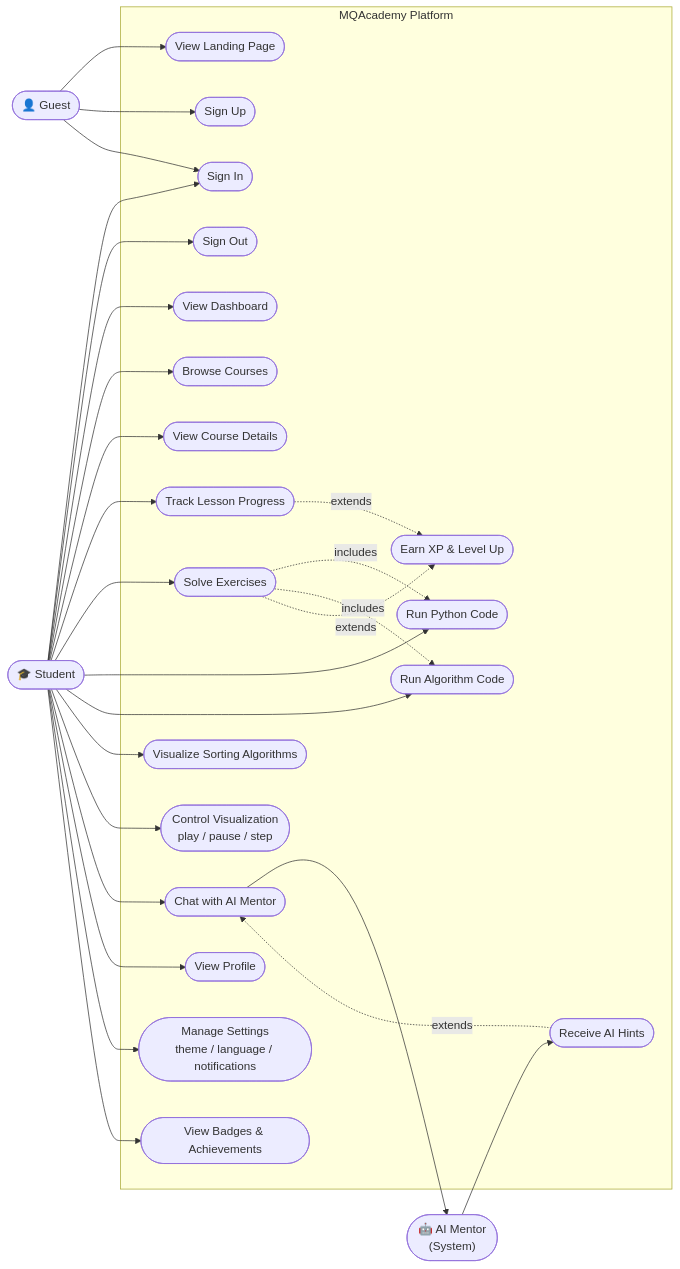
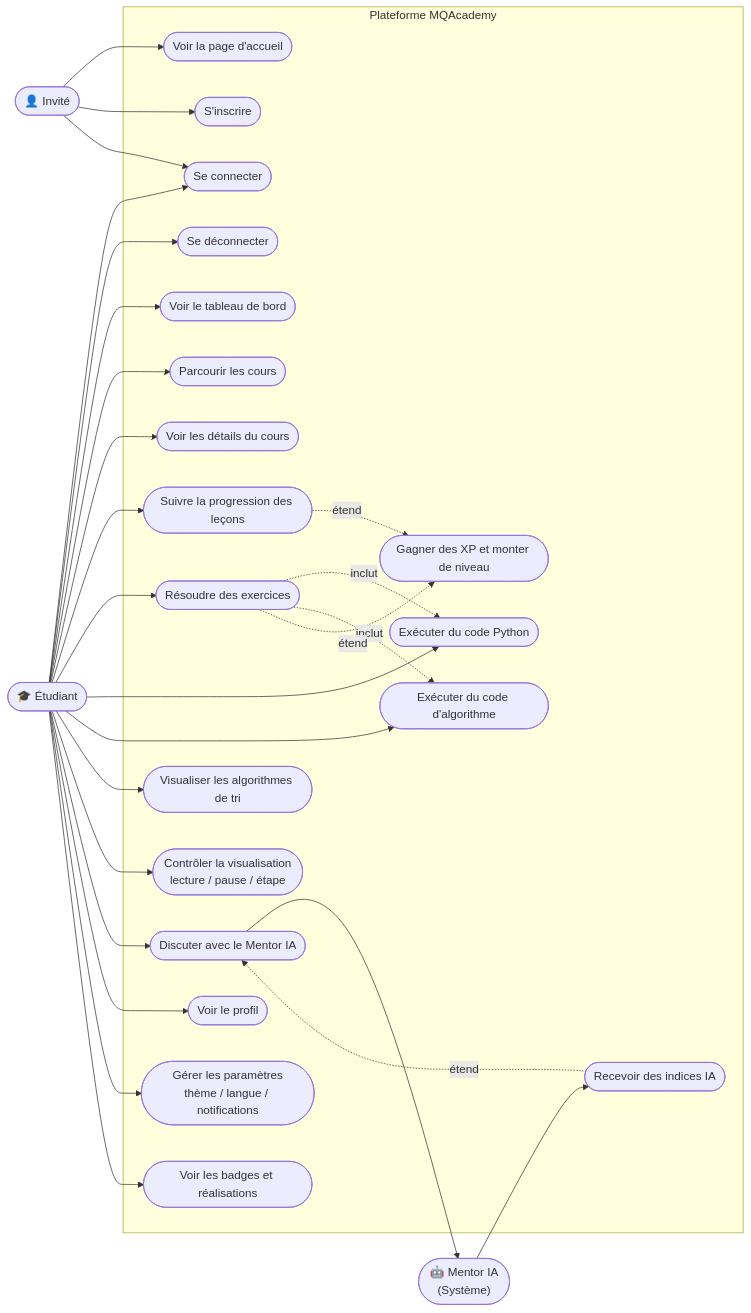
The first of 3 diagrams in DIAGRAMS.md (anwarous/t), drawn with Mermaid before and after one commit. The commit also changed other lines of this file, not shown here.

First line of the commit message:
Translate DIAGRAMS.md to French

````diff
--- a/DIAGRAMS.md
+++ b/DIAGRAMS.md
@@ -9,58 +9,58 @@
 ```mermaid
 %%{init: {"theme": "default"}}%%
 graph LR
-    Guest(["👤 Guest"])
-    Student(["🎓 Student"])
-    AIMentor(["🤖 AI Mentor\n(System)"])
+    Guest(["👤 Invité"])
+    Student(["🎓 Étudiant"])
+    AIMentor(["🤖 Mentor IA\n(Système)"])
 
-    subgraph MQAcademy Platform
-        UC1([View Landing Page])
-        UC2([Sign Up])
-        UC3([Sign In])
-        UC4([Sign Out])
-        UC5([View Dashboard])
-        UC6([Browse Courses])
-        UC7([View Course Details])
-        UC8([Track Lesson Progress])
-        UC9([Solve Exercises])
-        UC10([Run Python Code])
-        UC11([Run Algorithm Code])
-        UC12([Visualize Sorting Algorithms])
-        UC13([Control Visualization\nplay / pause / step])
-        UC14([Chat with AI Mentor])
-        UC15([Receive AI Hints])
-        UC16([View Profile])
-        UC17([Manage Settings\ntheme / language / notifications])
-        UC18([View Badges & Achievements])
-        UC19([Earn XP & Level Up])
+    subgraph Plateforme MQAcademy
+        UC1([Voir la page d'accueil])
+        UC2([S'inscrire])
+        UC3([Se connecter])
+        UC4([Se déconnecter])
+        UC5([Voir le tableau de bord])
+        UC6([Parcourir les cours])
+        UC7([Voir les détails du cours])
+        UC8([Suivre la progression des leçons])
+        UC9([Résoudre des exercices])
+        UC10([Exécuter du code Python])
+        UC11([Exécuter du code d'algorithme])
+        UC12([Visualiser les algorithmes de tri])
+        UC13([Contrôler la visualisation\nlecture / pause / étape])
+        UC14([Discuter avec le Mentor IA])
+        UC15([Recevoir des indices IA])
+        UC16([Voir le profil])
+        UC17([Gérer les paramètres\nthème / langue / notifications])
+        UC18([Voir les badges et réalisations])
+        UC19([Gagner des XP et monter de niveau])
     end
 
     Guest --> UC1
     Guest --> UC2
     Guest --> UC3
 
     Student --> UC3
     Student --> UC4
     Student --> UC5
     Student --> UC6
     Student --> UC7
     Student --> UC8
     Student --> UC9
     Student --> UC10
     Student --> UC11
     Student --> UC12
     Student --> UC13
     Student --> UC14
     Student --> UC16
     Student --> UC17
     Student --> UC18
 
-    UC9 -.->|includes| UC10
-    UC9 -.->|includes| UC11
-    UC9 -.->|extends| UC19
-    UC8 -.->|extends| UC19
+    UC9 -.->|inclut| UC10
+    UC9 -.->|inclut| UC11
+    UC9 -.->|étend| UC19
+    UC8 -.->|étend| UC19
 
     UC14 --> AIMentor
     AIMentor --> UC15
-    UC15 -.->|extends| UC14
+    UC15 -.->|étend| UC14
 ```
````
